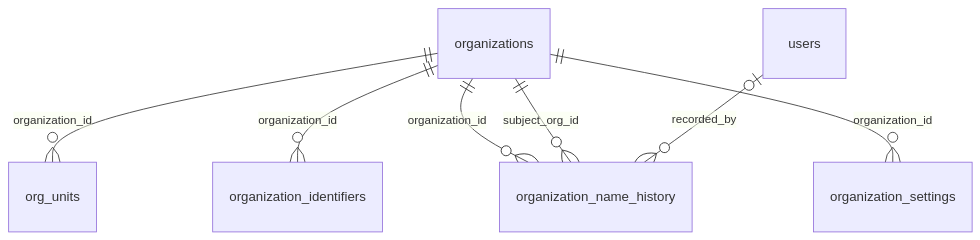
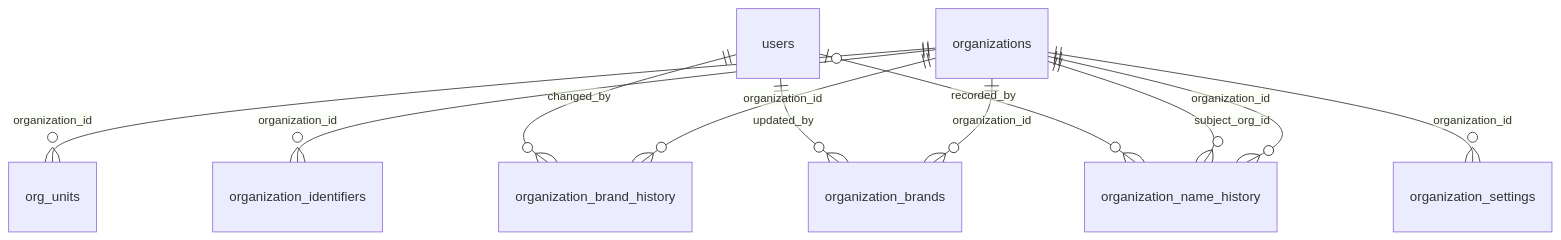
One commit to chenson42/presby changed the first of 18 diagrams in docs/schema-design.md. Above: the diagram before and after it, drawn with Mermaid. The commit also changed other lines of this file and 5 other files, not shown here.

````diff
--- a/docs/schema-design.md
+++ b/docs/schema-design.md
@@ -98,9 +98,13 @@
 ```mermaid
 erDiagram
   organizations ||--o{ org_units : "organization_id"
+  organizations ||--o{ organization_brand_history : "organization_id"
+  users ||--o{ organization_brand_history : "changed_by"
+  organizations ||--o{ organization_brands : "organization_id"
+  users ||--o{ organization_brands : "updated_by"
   organizations ||--o{ organization_identifiers : "organization_id"
   organizations ||--o{ organization_name_history : "organization_id"
   organizations ||--o{ organization_name_history : "subject_org_id"
   users |o--o{ organization_name_history : "recorded_by"
   organizations ||--o{ organization_settings : "organization_id"
 ```
````
